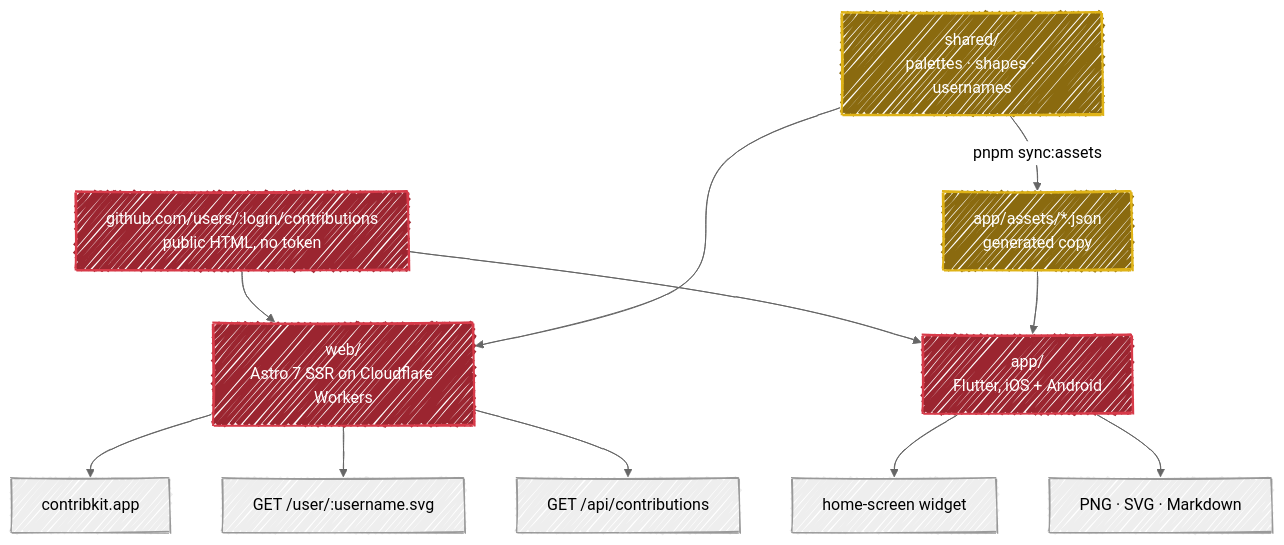
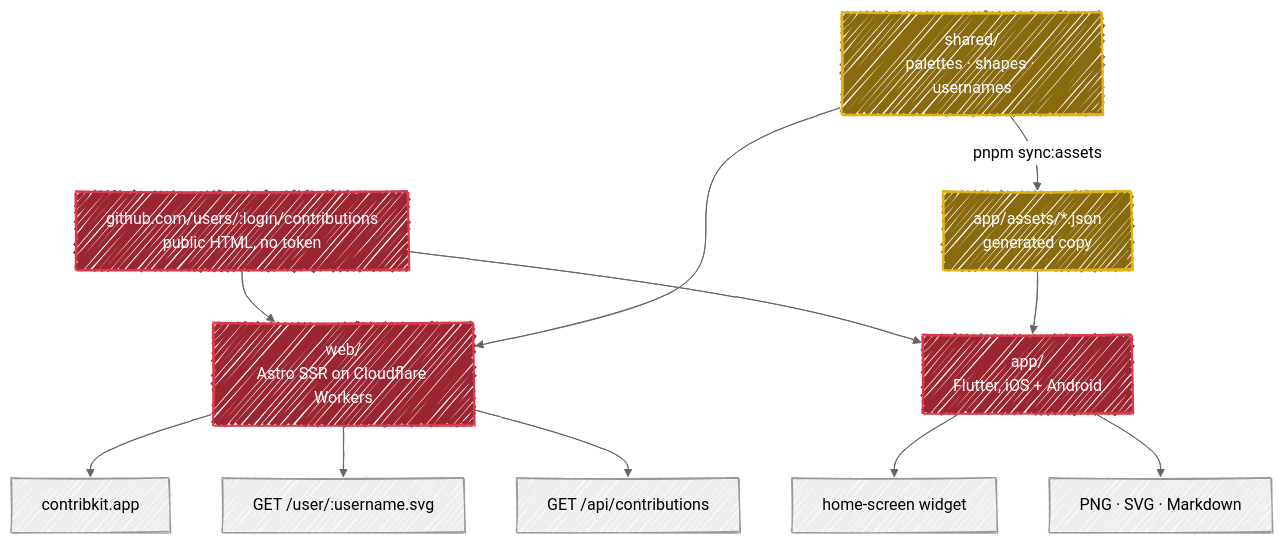
The first of 2 diagrams in ARCHITECTURE.md (fbuireu/contribKit), drawn with Mermaid before and after one commit. The commit also changed other lines of this file and 6 other files, not shown here.

````diff
--- a/ARCHITECTURE.md
+++ b/ARCHITECTURE.md
@@ -16,27 +16,27 @@
 ```mermaid
 ---
 config:
   look: handDrawn
   theme: neutral
 ---
 flowchart TD
     gh["github.com/users/:login/contributions<br/>public HTML, no token"]
 
-    gh --> web["web/<br/>Astro 7 SSR on Cloudflare Workers"]
+    gh --> web["web/<br/>Astro SSR on Cloudflare Workers"]
     gh --> app["app/<br/>Flutter, iOS + Android"]
 
     tokens["shared/<br/>palettes · shapes · usernames"] --> web
     tokens -->|"pnpm sync:assets"| assets["app/assets/*.json<br/>generated copy"]
     assets --> app
 
     web --> site["contribkit.app"]
     web --> svg["GET /user/:username.svg"]
     web --> json["GET /api/contributions"]
     app --> widget["home-screen widget"]
     app --> export["PNG · SVG · Markdown"]
 
     classDef pure fill:#8a6a0f,stroke:#dfb317,stroke-width:2px,color:#fff
     classDef shell fill:#9b2530,stroke:#d73a49,stroke-width:2px,color:#fff
     class tokens,assets pure
     class web,app,gh shell
 ```
````
